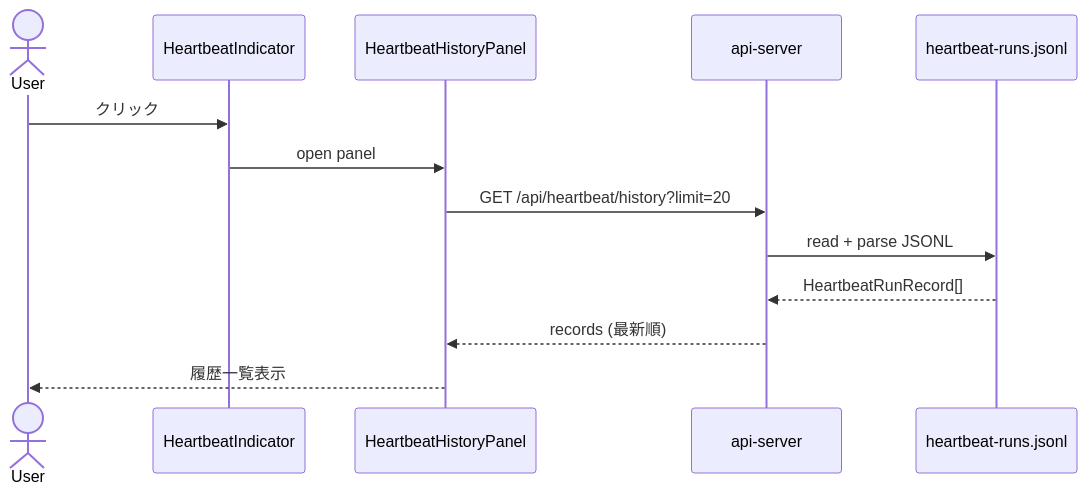
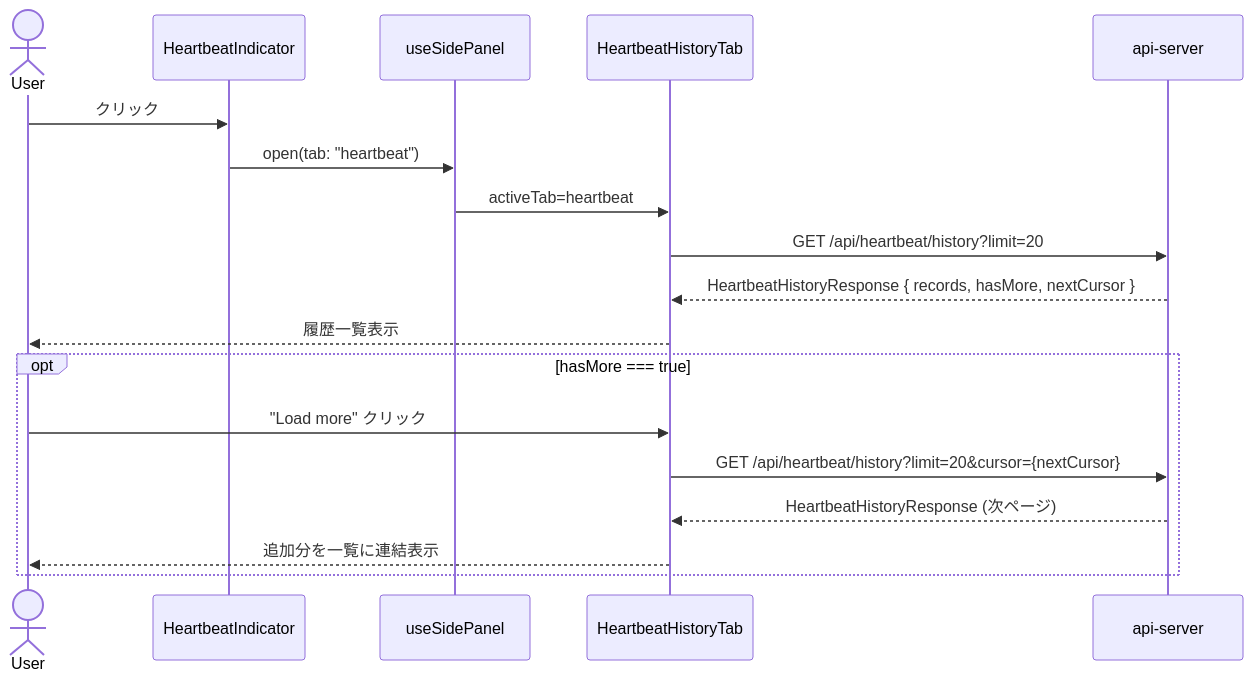
One commit to masahide/adjutant changed the third of 3 diagrams in doc/plan/260223-s04-chat-ui-heartbeat-filter-audit-detail.md. Above: the diagram before and after it, drawn with Mermaid. The commit also changed other lines of this file, not shown here.

````diff
--- a/doc/plan/260223-s04-chat-ui-heartbeat-filter-audit-detail.md
+++ b/doc/plan/260223-s04-chat-ui-heartbeat-filter-audit-detail.md
@@ -276,16 +436,21 @@
 ```mermaid
 sequenceDiagram
     actor User
     participant HI as HeartbeatIndicator
-    participant HHP as HeartbeatHistoryPanel
+    participant SP as useSidePanel
+    participant HBT as HeartbeatHistoryTab
     participant API as api-server
-    participant FS as heartbeat-runs.jsonl
 
     User->>HI: クリック
-    HI->>HHP: open panel
-    HHP->>API: GET /api/heartbeat/history?limit=20
-    API->>FS: read + parse JSONL
-    FS-->>API: HeartbeatRunRecord[]
-    API-->>HHP: records (最新順)
-    HHP-->>User: 履歴一覧表示
+    HI->>SP: open(tab: "heartbeat")
+    SP->>HBT: activeTab=heartbeat
+    HBT->>API: GET /api/heartbeat/history?limit=20
+    API-->>HBT: HeartbeatHistoryResponse { records, hasMore, nextCursor }
+    HBT-->>User: 履歴一覧表示
+    opt hasMore === true
+        User->>HBT: "Load more" クリック
+        HBT->>API: GET /api/heartbeat/history?limit=20&cursor={nextCursor}
+        API-->>HBT: HeartbeatHistoryResponse (次ページ)
+        HBT-->>User: 追加分を一覧に連結表示
+    end
 ```
````
